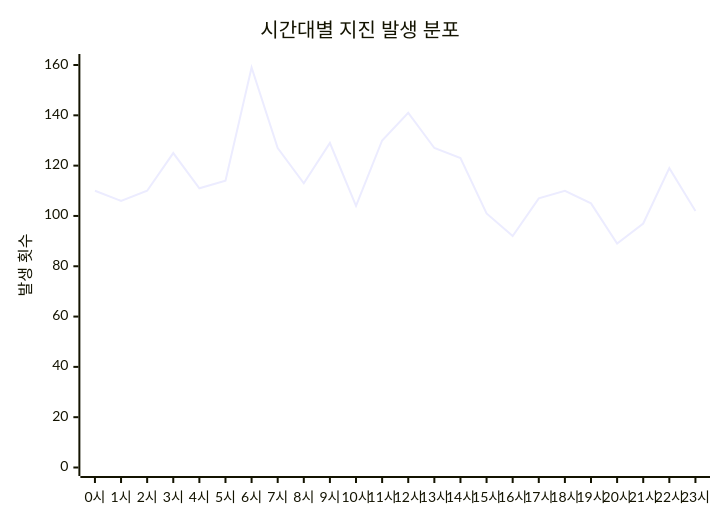
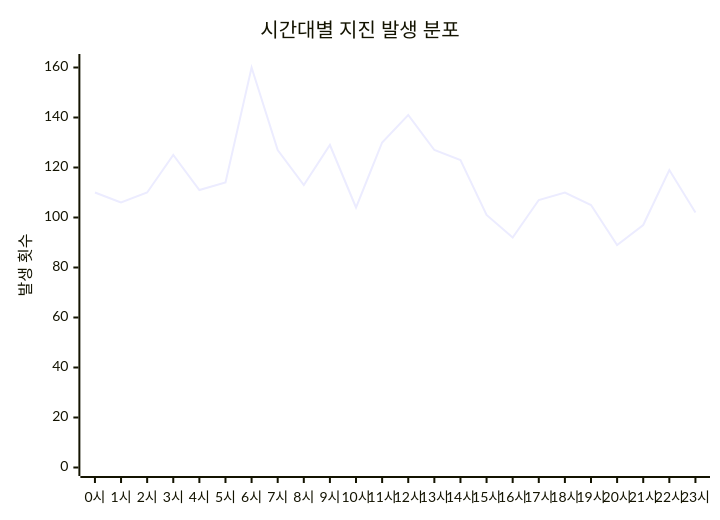
Before and after one commit to serendip811/japan-eq: the diagram in charts/time-chart.md, drawn with Mermaid. The commit also changed other lines of this file and 5 other files, not shown here.

Commit message:
Update earthquake data and charts Fri Oct  3 07:04:23 UTC 2025

````diff
--- a/charts/time-chart.md
+++ b/charts/time-chart.md
@@ -3,7 +3,7 @@
 ```mermaid
 xychart-beta
     title "시간대별 지진 발생 분포"
     x-axis ["0시", "1시", "2시", "3시", "4시", "5시", "6시", "7시", "8시", "9시", "10시", "11시", "12시", "13시", "14시", "15시", "16시", "17시", "18시", "19시", "20시", "21시", "22시", "23시"]
-    y-axis "발생 횟수" 0 --> 161
-    line [110, 106, 110, 125, 111, 114, 159, 127, 113, 129, 104, 130, 141, 127, 123, 101, 92, 107, 110, 105, 89, 97, 119, 102]
+    y-axis "발생 횟수" 0 --> 162
+    line [110, 106, 110, 125, 111, 114, 160, 127, 113, 129, 104, 130, 141, 127, 123, 101, 92, 107, 110, 105, 89, 97, 119, 102]
 ```
````
